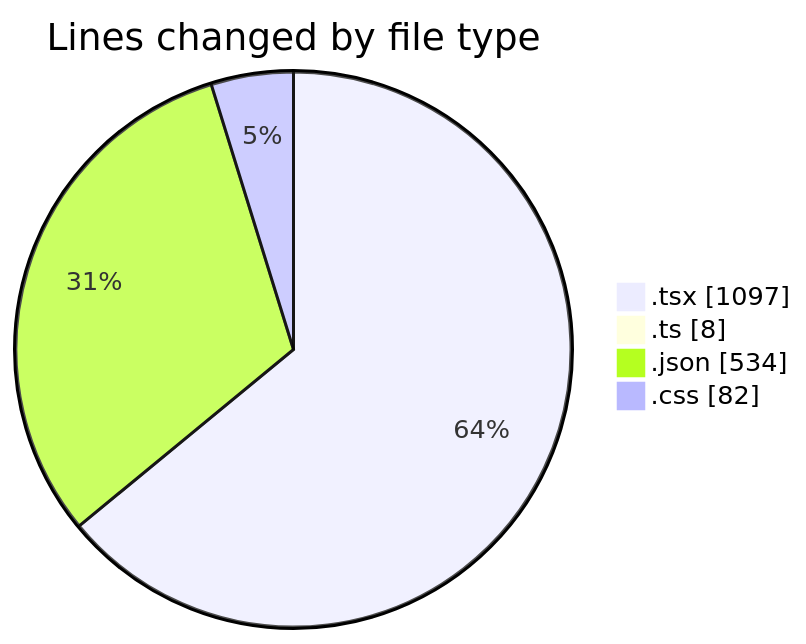
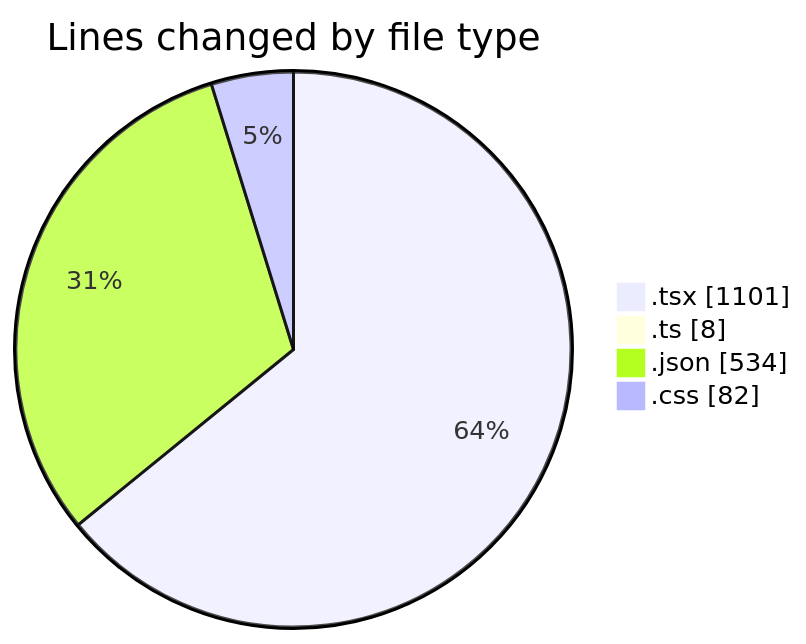
Before and after one commit to EIIisD/code-tracking: the first of 2 diagrams in 2025-08-02/tw-server/README.md, drawn with Mermaid. The commit also changed other lines of this file and 1 other file, not shown here.

````diff
--- a/2025-08-02/tw-server/README.md
+++ b/2025-08-02/tw-server/README.md
@@ -25,8 +25,8 @@
 ```mermaid
 pie showData
 title Lines changed by file type
-".tsx" : 1097
+".tsx" : 1101
 ".ts" : 8
 ".json" : 534
 ".css" : 82
 ```
````
